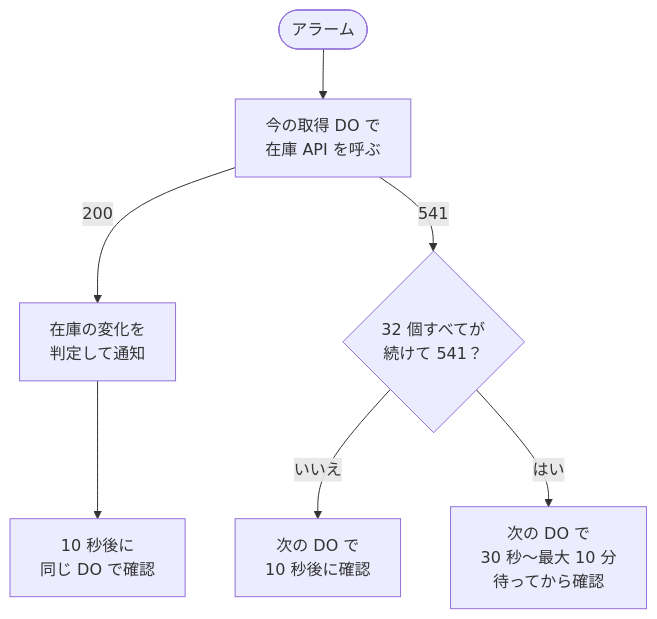
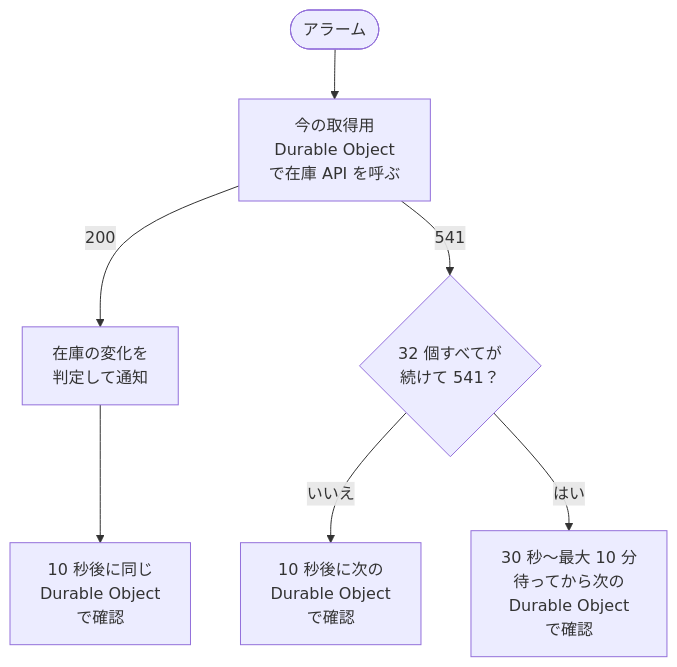
One commit to toyoshin5/duo-checker changed the second of 3 diagrams in README.md. Above: the diagram before and after it, drawn with Mermaid. The commit also changed other lines of this file, not shown here.

First line of the commit message:
Shorten README and spell out Durable Object

````diff
--- a/README.md
+++ b/README.md
@@ -52,9 +34,9 @@
 ```mermaid
 flowchart TD
-    start(["アラーム"]) --> ask["今の取得 DO で<br/>在庫 API を呼ぶ"]
+    start(["アラーム"]) --> ask["今の取得用<br/>Durable Object<br/>で在庫 API を呼ぶ"]
     ask -- "200" --> ok["在庫の変化を<br/>判定して通知"]
-    ok --> normal["10 秒後に<br/>同じ DO で確認"]
+    ok --> normal["10 秒後に同じ<br/>Durable Object<br/>で確認"]
     ask -- "541" --> lap{"32 個すべてが<br/>続けて 541？"}
-    lap -- "いいえ" --> fast["次の DO で<br/>10 秒後に確認"]
-    lap -- "はい" --> wait["次の DO で<br/>30 秒〜最大 10 分<br/>待ってから確認"]
+    lap -- "いいえ" --> fast["10 秒後に次の<br/>Durable Object<br/>で確認"]
+    lap -- "はい" --> wait["30 秒〜最大 10 分<br/>待ってから次の<br/>Durable Object<br/>で確認"]
 ```
````
